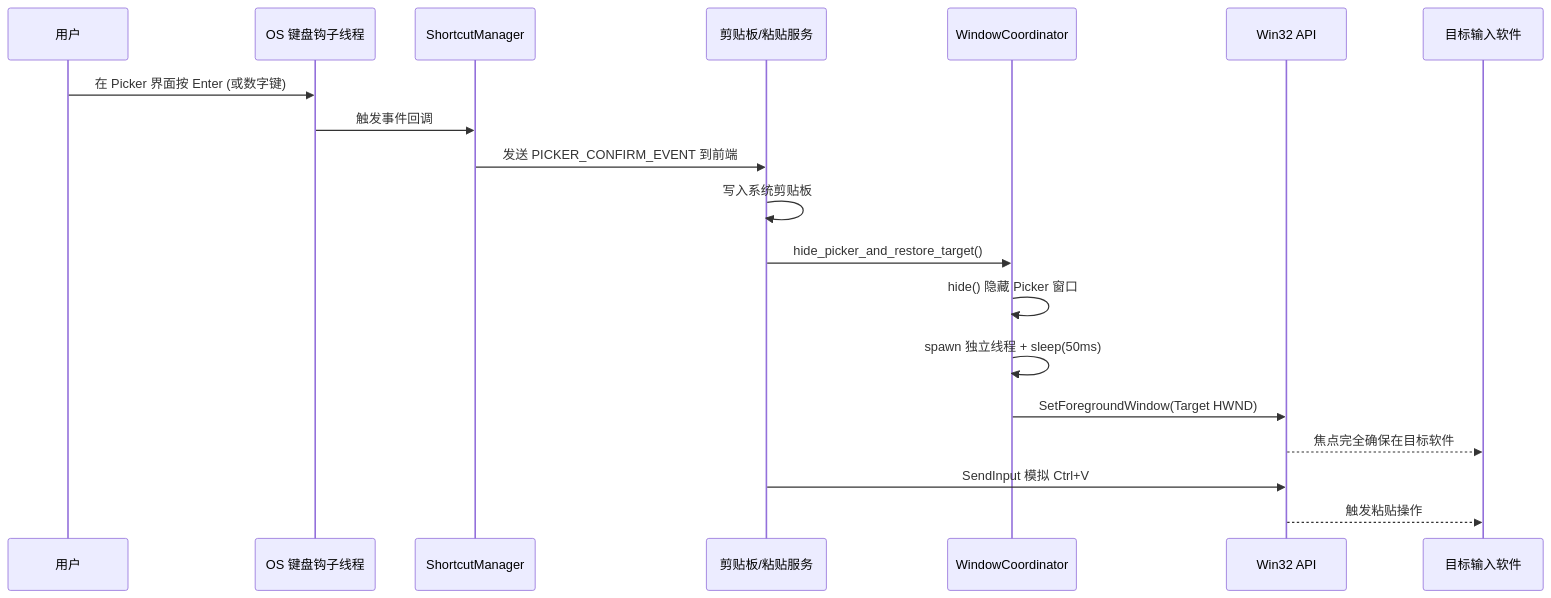
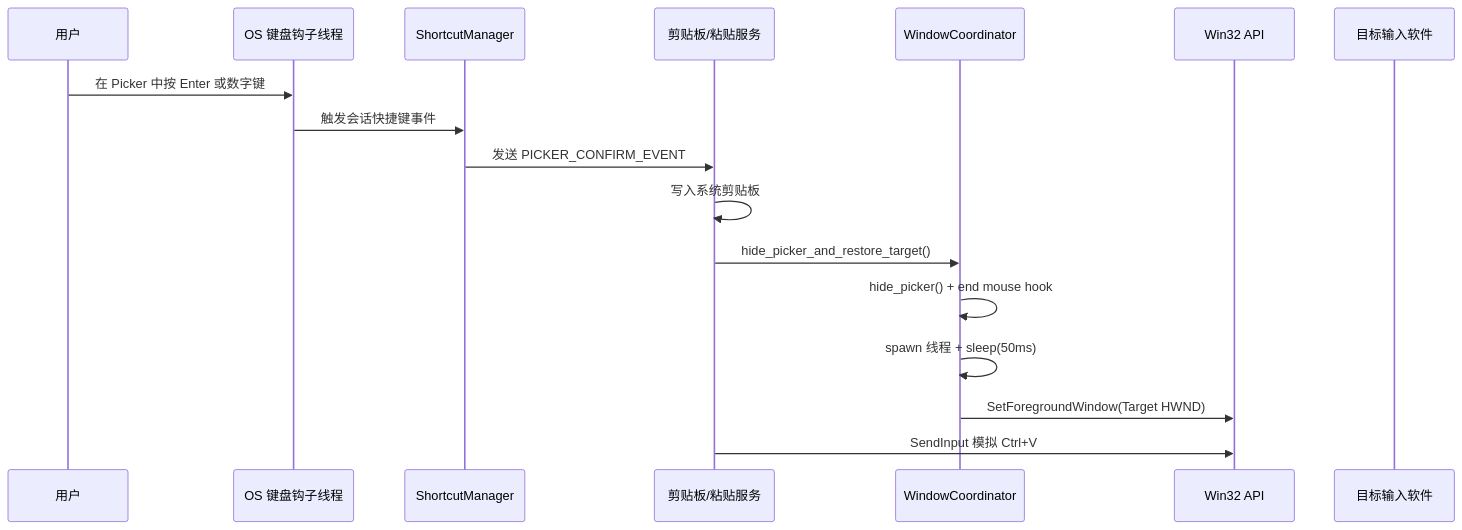
The third of 3 diagrams in docs/无焦点速贴窗口架构与防坑指南.md (tranquil-w/floatpaste), drawn with Mermaid before and after one commit. The commit also changed other lines of this file and 1 other file, not shown here.

````diff
--- a/docs/无焦点速贴窗口架构与防坑指南.md
+++ b/docs/无焦点速贴窗口架构与防坑指南.md
@@ -56,26 +85,20 @@
 ```mermaid
 sequenceDiagram
     participant User as 用户
     participant Hook as OS 键盘钩子线程
     participant Shortcut as ShortcutManager
     participant App as 剪贴板/粘贴服务
     participant Window as WindowCoordinator
     participant Win32 as Win32 API
     participant Target as 目标输入软件
 
-    User->>Hook: 在 Picker 界面按 Enter (或数字键)
-    Hook->>Shortcut: 触发事件回调
-    Shortcut->>App: 发送 PICKER_CONFIRM_EVENT 到前端
+    User->>Hook: 在 Picker 中按 Enter 或数字键
+    Hook->>Shortcut: 触发会话快捷键事件
+    Shortcut->>App: 发送 PICKER_CONFIRM_EVENT
     App->>App: 写入系统剪贴板
-    
     App->>Window: hide_picker_and_restore_target()
-    Window->>Window: hide() 隐藏 Picker 窗口
-    
-    %% 避免时序冲突的延迟恢复
-    Window->>Window: spawn 独立线程 + sleep(50ms)
+    Window->>Window: hide_picker() + end mouse hook
+    Window->>Window: spawn 线程 + sleep(50ms)
     Window->>Win32: SetForegroundWindow(Target HWND)
-    Win32-->>Target: 焦点完全确保在目标软件
-    
     App->>Win32: SendInput 模拟 Ctrl+V
-    Win32-->>Target: 触发粘贴操作
 ```
````
